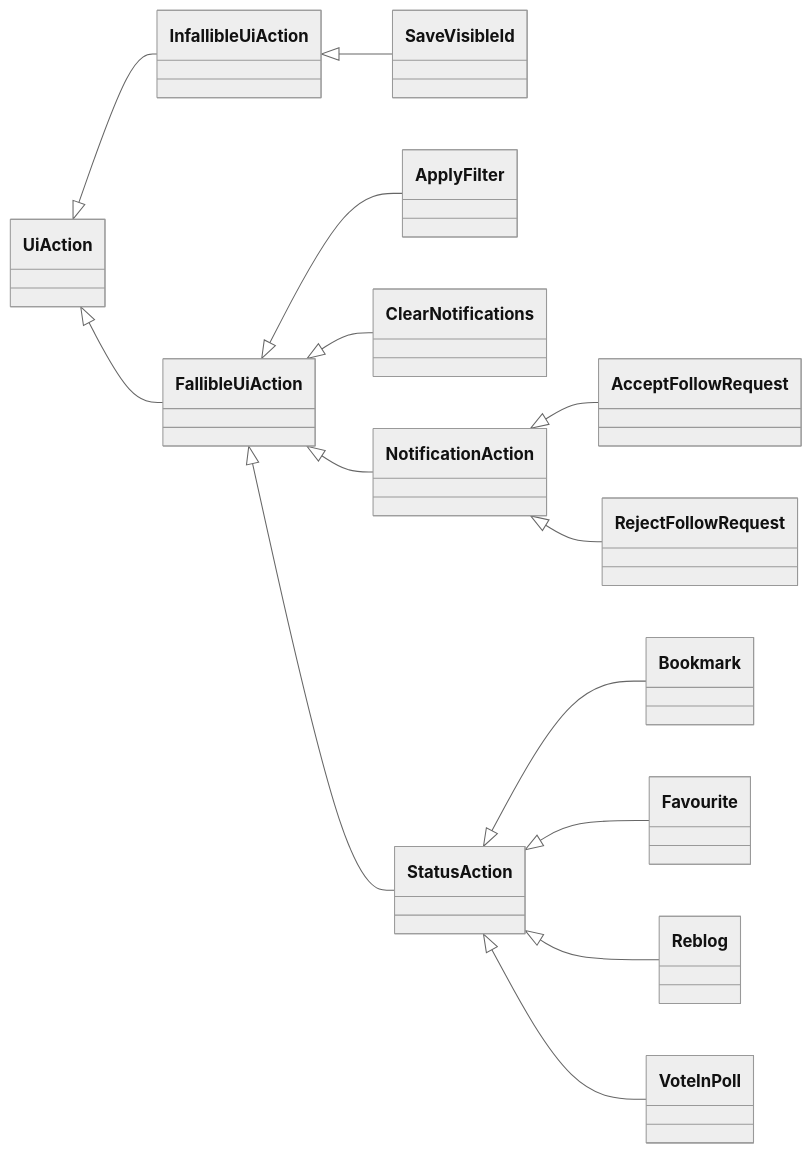
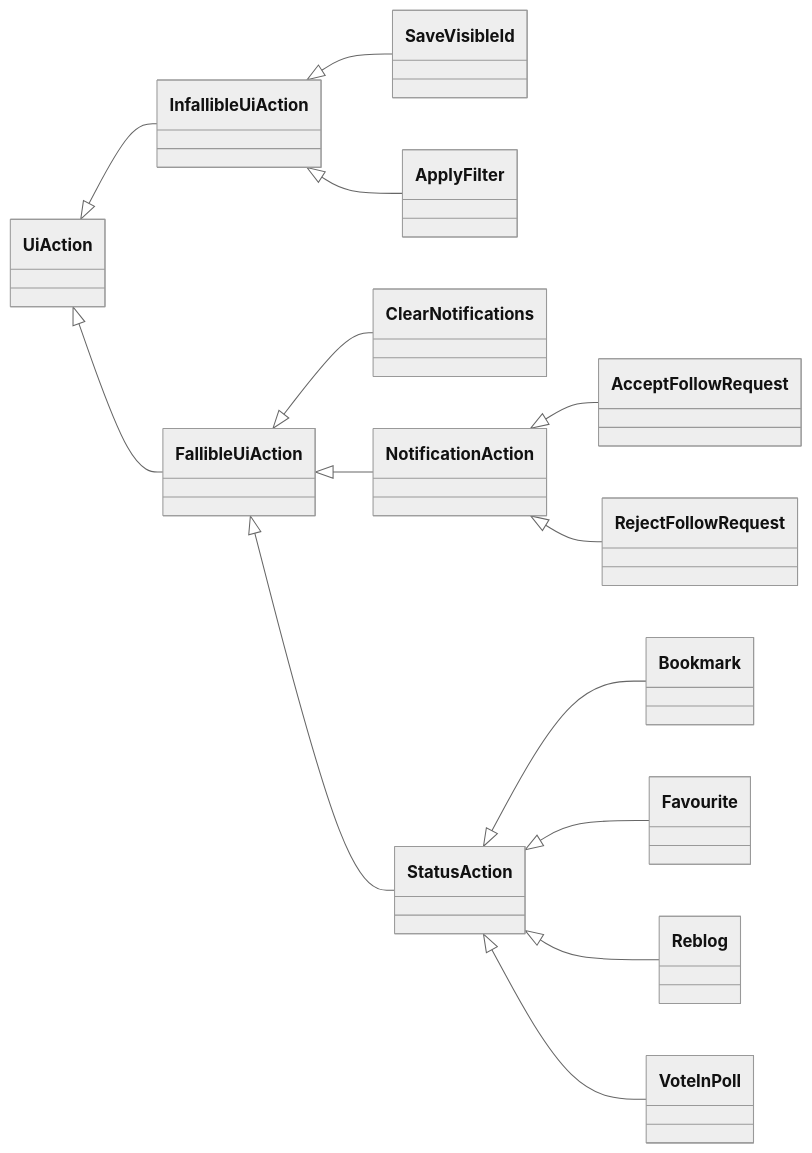
The second of 3 diagrams in doc/ViewModelInterface.md (tuskyapp/Tusky), drawn with Mermaid (neutral theme) before and after one commit. The commit also changed other lines of this file, not shown here.

````diff
--- a/doc/ViewModelInterface.md
+++ b/doc/ViewModelInterface.md
@@ -326,18 +326,18 @@
 ```mermaid
 classDiagram
   direction LR
   UiAction <|-- InfallibleUiAction
   InfallibleUiAction <|-- SaveVisibleId
+  InfallibleUiAction <|-- ApplyFilter
   UiAction <|-- FallibleUiAction
-  FallibleUiAction <|-- ApplyFilter
   FallibleUiAction <|-- ClearNotifications
   FallibleUiAction <|-- NotificationAction
   NotificationAction <|-- AcceptFollowRequest
   NotificationAction <|-- RejectFollowRequest
   FallibleUiAction <|-- StatusAction
   StatusAction <|-- Bookmark
   StatusAction <|-- Favourite
   StatusAction <|-- Reblog
   StatusAction <|-- VoteInPoll
   
 ```
````
